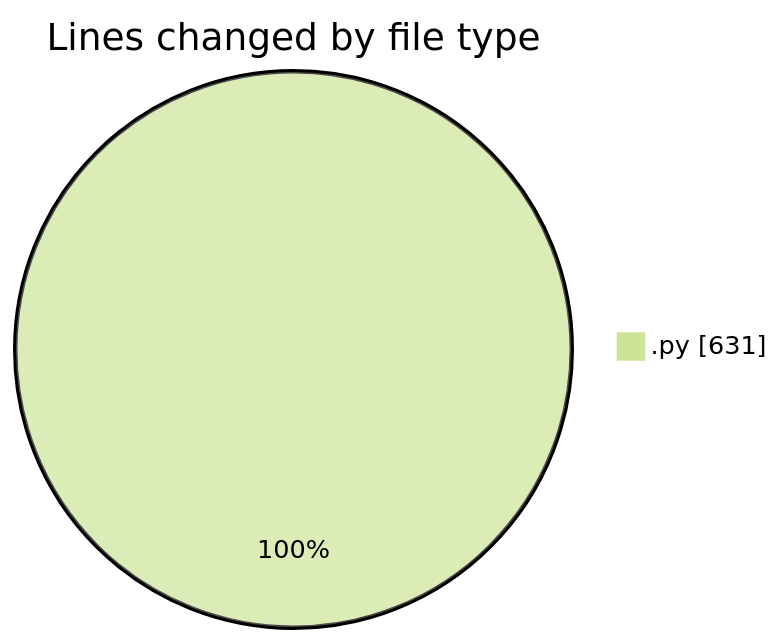
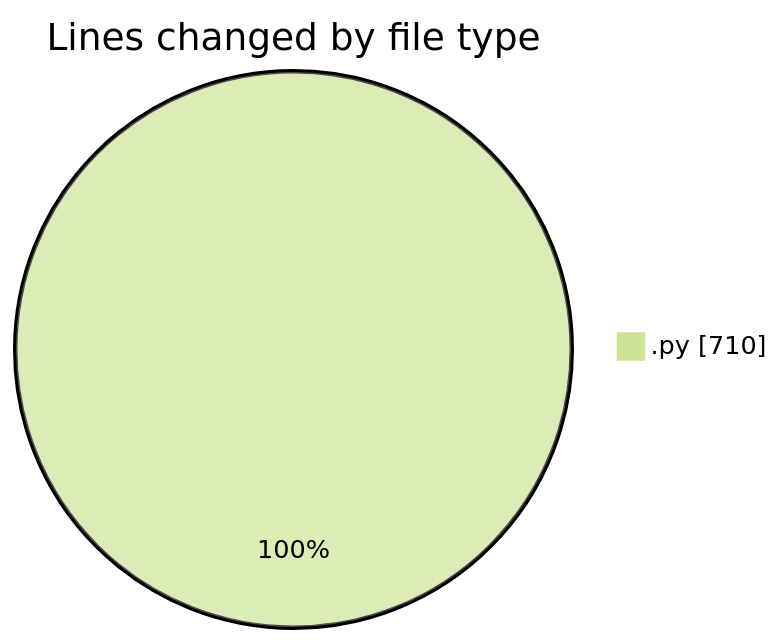
Before and after one commit to julien-gomy/code-tracking: the first of 2 diagrams in 2025-10-22/eventscop-api-guide__workspace_/README.md, drawn with Mermaid (forest theme). The commit also changed other lines of this file and 1 other file, not shown here.

````diff
--- a/2025-10-22/eventscop-api-guide__workspace_/README.md
+++ b/2025-10-22/eventscop-api-guide__workspace_/README.md
@@ -32,5 +32,5 @@
 ```mermaid
 pie showData
 title Lines changed by file type
-".py" : 631
+".py" : 710
 ```
````
